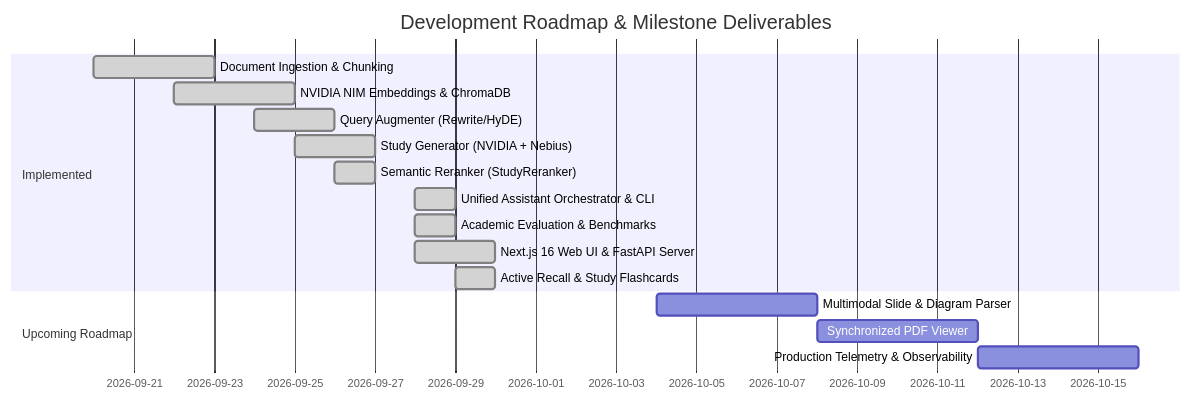
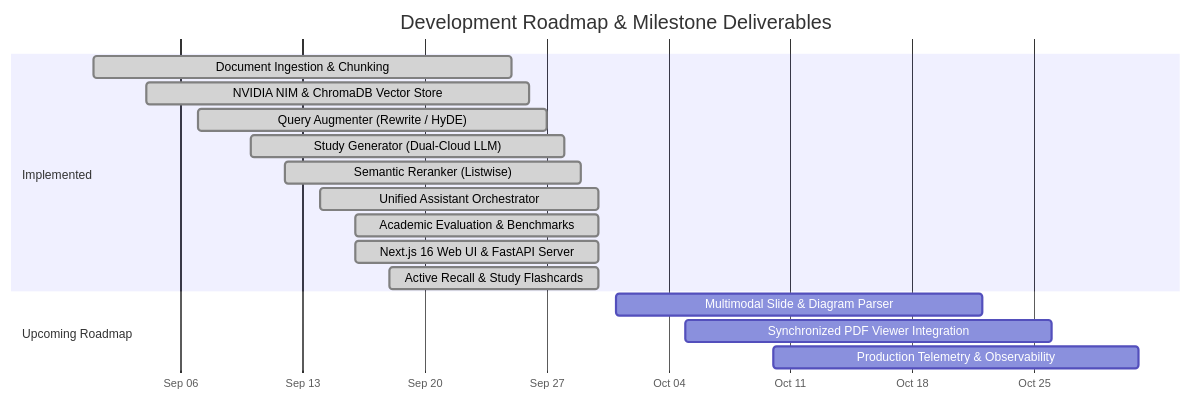
Before and after one commit to Khazar451/study-assistant: the second of 2 diagrams in README.md, drawn with Mermaid.

````diff
--- a/README.md
+++ b/README.md
@@ -237,19 +237,20 @@
 ```mermaid
 gantt
     title Development Roadmap & Milestone Deliverables
     dateFormat  YYYY-MM-DD
+    axisFormat  %b %d
     section Implemented
-    Document Ingestion & Chunking       :done, 2026-09-20, 2026-09-23
-    NVIDIA NIM Embeddings & ChromaDB    :done, 2026-09-22, 2026-09-25
-    Query Augmenter (Rewrite/HyDE)      :done, 2026-09-24, 2026-09-26
-    Study Generator (NVIDIA + Nebius)   :done, 2026-09-25, 2026-09-27
-    Semantic Reranker (StudyReranker)   :done, 2026-09-26, 2026-09-27
-    Unified Assistant Orchestrator & CLI:done, 2026-09-28, 2026-09-29
-    Academic Evaluation & Benchmarks    :done, 2026-09-28, 2026-09-29
-    Next.js 16 Web UI & FastAPI Server  :done, 2026-09-28, 2026-09-30
-    Active Recall & Study Flashcards    :done, 2026-09-29, 2026-09-30
+    Document Ingestion & Chunking       :done, 2026-09-01, 2026-09-25
+    NVIDIA NIM & ChromaDB Vector Store  :done, 2026-09-04, 2026-09-26
+    Query Augmenter (Rewrite / HyDE)    :done, 2026-09-07, 2026-09-27
+    Study Generator (Dual-Cloud LLM)    :done, 2026-09-10, 2026-09-28
+    Semantic Reranker (Listwise)        :done, 2026-09-12, 2026-09-29
+    Unified Assistant Orchestrator      :done, 2026-09-14, 2026-09-30
+    Academic Evaluation & Benchmarks    :done, 2026-09-16, 2026-09-30
+    Next.js 16 Web UI & FastAPI Server  :done, 2026-09-16, 2026-09-30
+    Active Recall & Study Flashcards    :done, 2026-09-18, 2026-09-30
     section Upcoming Roadmap
-    Multimodal Slide & Diagram Parser   :2026-10-04, 2026-10-08
-    Synchronized PDF Viewer             :2026-10-08, 2026-10-12
-    Production Telemetry & Observability:2026-10-12, 2026-10-16
+    Multimodal Slide & Diagram Parser   :2026-10-01, 2026-10-22
+    Synchronized PDF Viewer Integration :2026-10-05, 2026-10-26
+    Production Telemetry & Observability:2026-10-10, 2026-10-31
 ```
````
